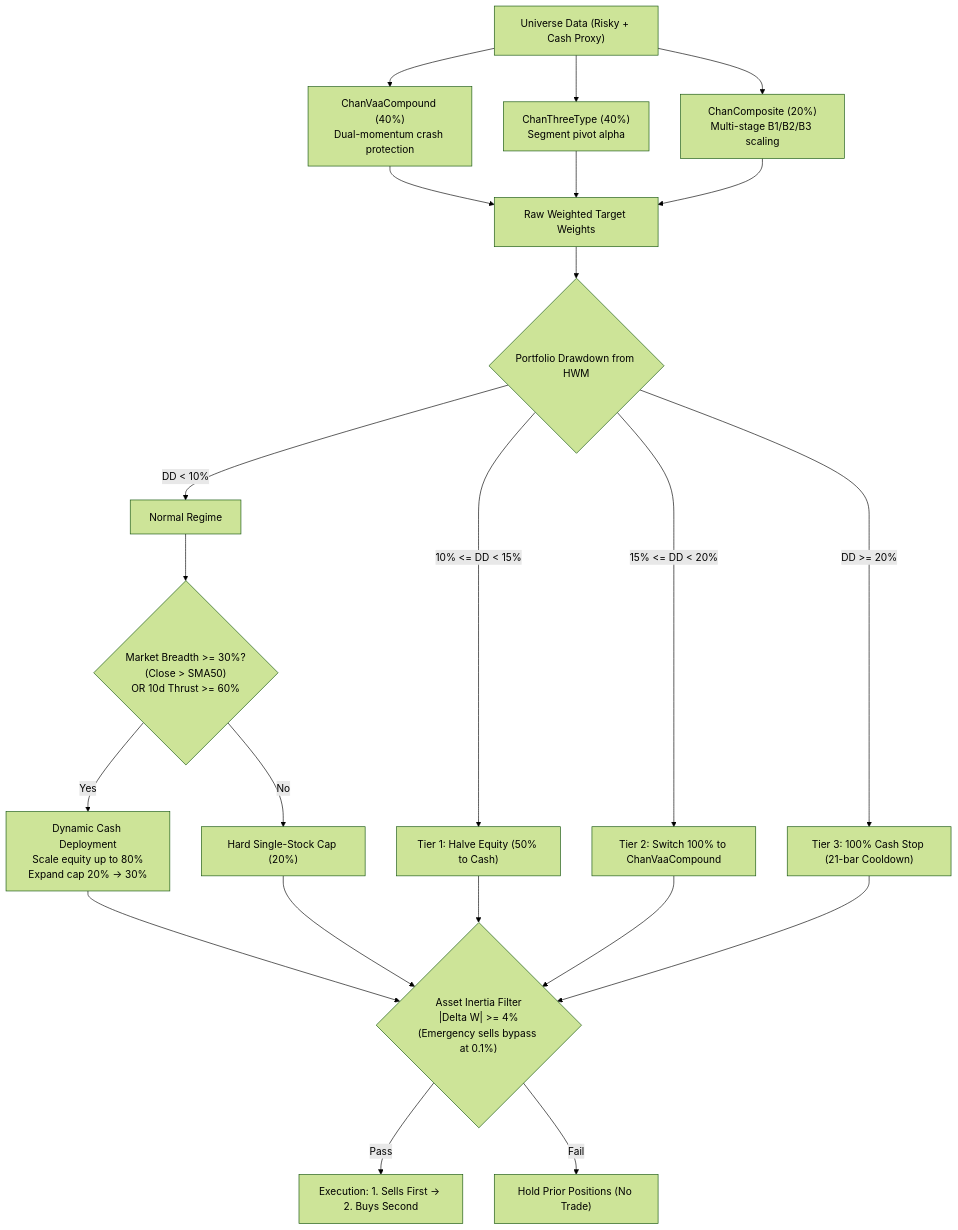
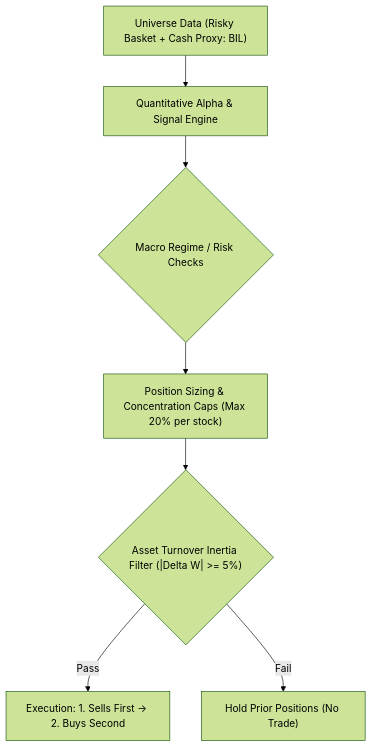
The first of 2 diagrams in docs/ruleset/chan_risk_managed_blend/rules.md (stonewell/quant_research), drawn with Mermaid (forest theme) before and after one commit. The commit also changed other lines of this file and 15 other files, not shown here.

````diff
--- a/docs/ruleset/chan_risk_managed_blend/rules.md
+++ b/docs/ruleset/chan_risk_managed_blend/rules.md
@@ -18,23 +17,9 @@
 ```mermaid
 flowchart TD
-    Universe["Universe Data (Risky + Cash Proxy)"] --> Sub1["ChanVaaCompound (40%)<br>Dual-momentum crash protection"]
-    Universe --> Sub2["ChanThreeType (40%)<br>Segment pivot alpha"]
-    Universe --> Sub3["ChanComposite (20%)<br>Multi-stage B1/B2/B3 scaling"]
-    
-    Sub1 & Sub2 & Sub3 --> Blend["Raw Weighted Target Weights"]
-    
-    Blend --> DDCheck{"Portfolio Drawdown from HWM"}
-    
-    DDCheck -- "DD < 10%" --> NormalMode["Normal Regime"]
-    DDCheck -- "10% <= DD < 15%" --> Tier1["Tier 1: Halve Equity (50% to Cash)"]
-    DDCheck -- "15% <= DD < 20%" --> Tier2["Tier 2: Switch 100% to ChanVaaCompound"]
-    DDCheck -- "DD >= 20%" --> Tier3["Tier 3: 100% Cash Stop (21-bar Cooldown)"]
-    
-    NormalMode --> BreadthCheck{"Market Breadth >= 30%?<br>(Close > SMA50)<br>OR 10d Thrust >= 60%"}
-    BreadthCheck -- Yes --> DynamicCash["Dynamic Cash Deployment<br>Scale equity up to 80%<br>Expand cap 20% -> 30%"]
-    BreadthCheck -- No --> BaseCap["Hard Single-Stock Cap (20%)"]
-    
-    DynamicCash & BaseCap & Tier1 & Tier2 & Tier3 --> InertiaFilter{"Asset Inertia Filter<br>|Delta W| >= 4%<br>(Emergency sells bypass at 0.1%)"}
-    InertiaFilter -- "Pass" --> OrderExec["Execution: 1. Sells First -> 2. Buys Second"]
-    InertiaFilter -- "Fail" --> HoldPrior["Hold Prior Positions (No Trade)"]
+    Universe["Universe Data (Risky Basket + Cash Proxy: BIL)"] --> AlphaEngine["Quantitative Alpha & Signal Engine"]
+    AlphaEngine --> RegimeCheck{"Macro Regime / Risk Checks"}
+    RegimeCheck --> Sizing["Position Sizing & Concentration Caps (Max 20% per stock)"]
+    Sizing --> FrictionFilter{"Asset Turnover Inertia Filter (|Delta W| >= 5%)"}
+    FrictionFilter -- "Pass" --> OrderExec["Execution: 1. Sells First -> 2. Buys Second"]
+    FrictionFilter -- "Fail" --> HoldPrior["Hold Prior Positions (No Trade)"]
 ```
````
